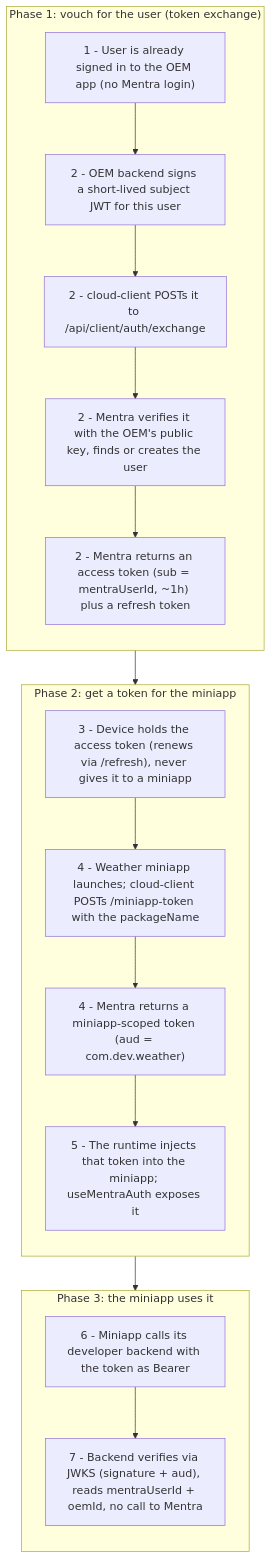
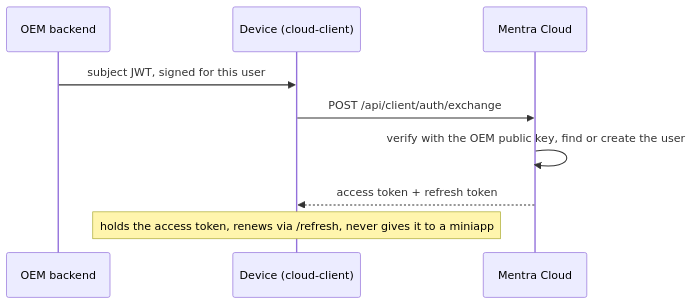
Before and after one commit to Mentra-Community/MentraOS: the first of 2 diagrams in cloud-v2/docs/issues/001-cloud-core/auth/concepts.md, drawn with Mermaid. The commit also changed other lines of this file, not shown here.

Commit message:
docs(auth): split the concepts.md trace into two focused diagrams
One busy diagram became two simple sequence diagrams with short labels:
Part 1 is the cloud-client authenticating (subject JWT -> exchange -> access +
refresh), Part 2 is the per-miniapp auto-auth once the device is authed (mint
the scoped token -> inject -> call the dev backend -> verify via JWKS). The JWKS
fetch is a note (it's one-time and cached) rather than a round-trip.

````diff
--- a/cloud-v2/docs/issues/001-cloud-core/auth/concepts.md
+++ b/cloud-v2/docs/issues/001-cloud-core/auth/concepts.md
@@ -263,31 +267,11 @@
 ```mermaid
-flowchart TD
-    subgraph P1["Phase 1: vouch for the user (token exchange)"]
-        direction TB
-        A["1 - User is already signed in to the OEM app (no Mentra login)"]
-        B["2 - OEM backend signs a short-lived subject JWT for this user"]
-        C["2 - cloud-client POSTs it to /api/client/auth/exchange"]
-        D["2 - Mentra verifies it with the OEM's public key, finds or creates the user"]
-        E["2 - Mentra returns an access token (sub = mentraUserId, ~1h) plus a refresh token"]
-        A --> B --> C --> D --> E
-    end
-
-    subgraph P2["Phase 2: get a token for the miniapp"]
-        direction TB
-        F["3 - Device holds the access token (renews via /refresh), never gives it to a miniapp"]
-        G["4 - Weather miniapp launches; cloud-client POSTs /miniapp-token with the packageName"]
-        H["4 - Mentra returns a miniapp-scoped token (aud = com.dev.weather)"]
-        I["5 - The runtime injects that token into the miniapp; useMentraAuth exposes it"]
-        F --> G --> H --> I
-    end
-
-    subgraph P3["Phase 3: the miniapp uses it"]
-        direction TB
-        J["6 - Miniapp calls its developer backend with the token as Bearer"]
-        K["7 - Backend verifies via JWKS (signature + aud), reads mentraUserId + oemId, no call to Mentra"]
-        J --> K
-    end
-
-    E --> F
-    I --> J
+sequenceDiagram
+    participant OEM as OEM backend
+    participant CC as Device (cloud-client)
+    participant Mentra as Mentra Cloud
+    OEM->>CC: subject JWT, signed for this user
+    CC->>Mentra: POST /api/client/auth/exchange
+    Mentra->>Mentra: verify with the OEM public key, find or create the user
+    Mentra-->>CC: access token + refresh token
+    Note over CC: holds the access token, renews via /refresh, never gives it to a miniapp
 ```
````
